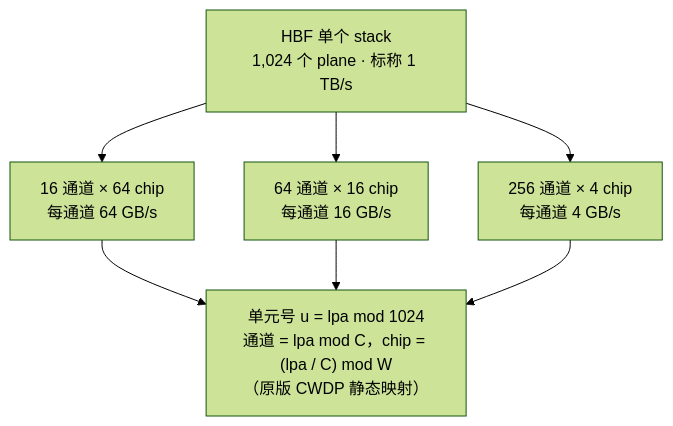
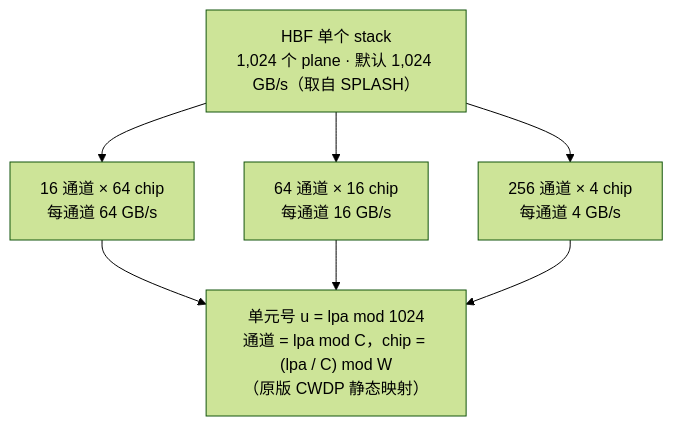
The second of 2 diagrams in README.md (sgkjr8kzbac/MQSim-HBF), drawn with Mermaid (forest theme) before and after one commit. The commit also changed other lines of this file and 2 other files, not shown here.

````diff
--- a/README.md
+++ b/README.md
@@ -53,8 +53,8 @@
 ```mermaid
 flowchart TB
-    HBF["HBF 单个 stack<br/>1,024 个 plane · 标称 1 TB/s"] --> T1 & T2 & T3
+    HBF["HBF 单个 stack<br/>1,024 个 plane · 默认 1,024 GB/s（取自 SPLASH）"] --> T1 & T2 & T3
     T1["16 通道 × 64 chip<br/>每通道 64 GB/s"]
     T2["64 通道 × 16 chip<br/>每通道 16 GB/s"]
     T3["256 通道 × 4 chip<br/>每通道 4 GB/s"]
     T1 & T2 & T3 --> U["单元号 u = lpa mod 1024<br/>通道 = lpa mod C，chip = (lpa / C) mod W<br/>（原版 CWDP 静态映射）"]
 ```
````
